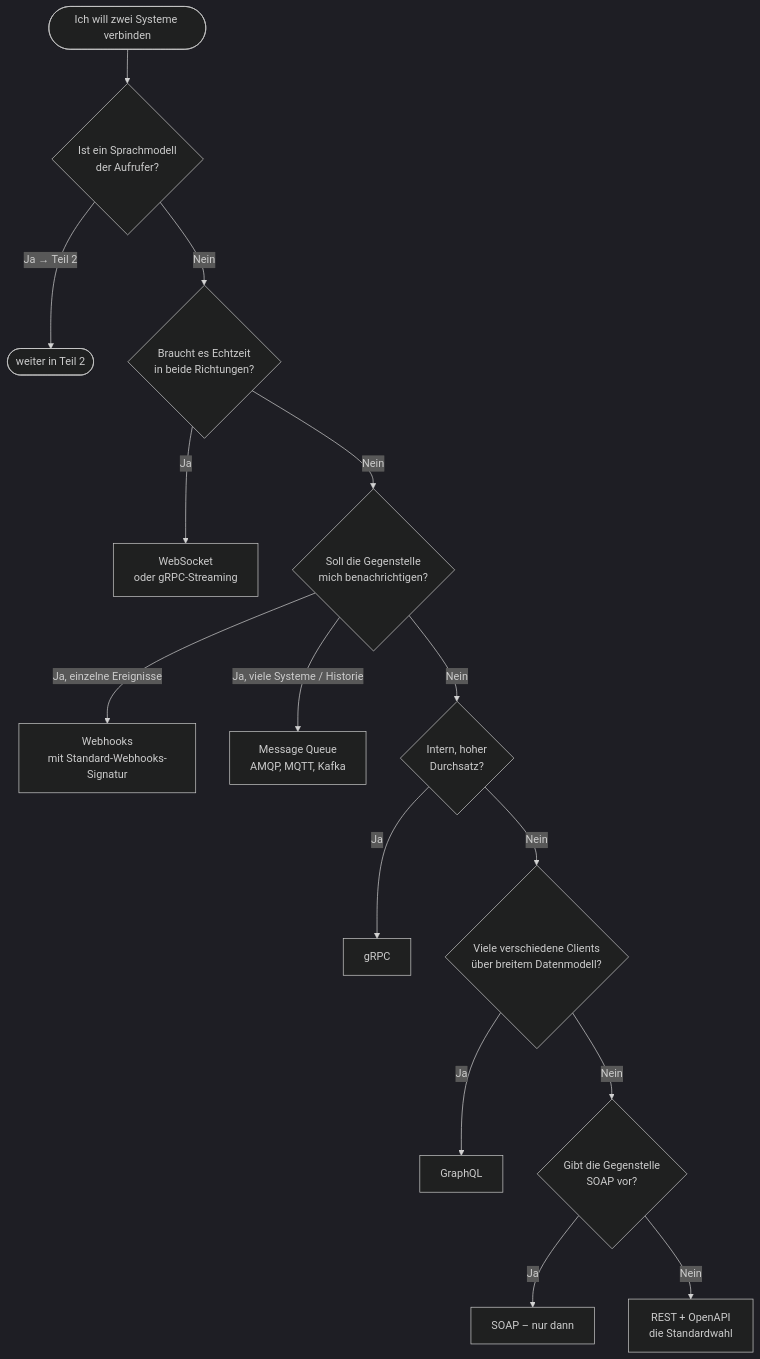
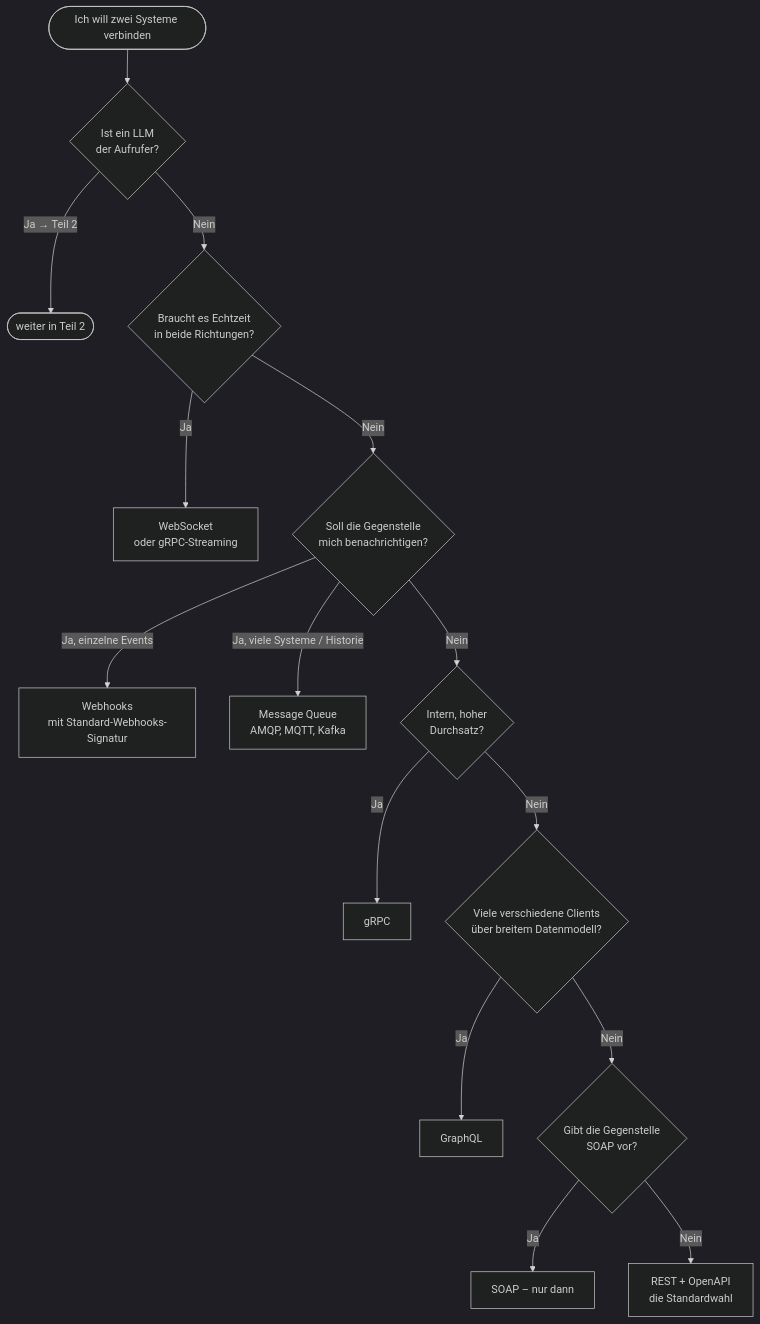
Before and after one commit to org-felix-paul/felix-paul-website: diagram 12 of 13 in src/blog/content/posts/agentic-protocols-compared.md, drawn with Mermaid (dark theme). The commit also changed other lines of this file, not shown here.

````diff
--- a/src/blog/content/posts/agentic-protocols-compared.md
+++ b/src/blog/content/posts/agentic-protocols-compared.md
@@ -794,17 +794,17 @@
 ```mermaid
 flowchart TD
-    START([Ich will zwei Systeme verbinden]) --> Q1{Ist ein Sprachmodell<br/>der Aufrufer?}
+    START([Ich will zwei Systeme verbinden]) --> Q1{Ist ein LLM<br/>der Aufrufer?}
     Q1 -- "Ja → Teil 2" --> T2([weiter in Teil 2])
     Q1 -- Nein --> Q2{Braucht es Echtzeit<br/>in beide Richtungen?}
     Q2 -- Ja --> WS[WebSocket<br/>oder gRPC-Streaming]
     Q2 -- Nein --> Q3{Soll die Gegenstelle<br/>mich benachrichtigen?}
-    Q3 -- "Ja, einzelne Ereignisse" --> WH[Webhooks<br/>mit Standard-Webhooks-Signatur]
+    Q3 -- "Ja, einzelne Events" --> WH[Webhooks<br/>mit Standard-Webhooks-Signatur]
     Q3 -- "Ja, viele Systeme / Historie" --> MQ[Message Queue<br/>AMQP, MQTT, Kafka]
     Q3 -- Nein --> Q4{Intern, hoher<br/>Durchsatz?}
     Q4 -- Ja --> GRPC[gRPC]
     Q4 -- Nein --> Q5{Viele verschiedene Clients<br/>über breitem Datenmodell?}
     Q5 -- Ja --> GQL[GraphQL]
     Q5 -- Nein --> Q6{Gibt die Gegenstelle<br/>SOAP vor?}
     Q6 -- Ja --> SOAP[SOAP – nur dann]
     Q6 -- Nein --> REST[REST + OpenAPI<br/>die Standardwahl]
 ```
````
